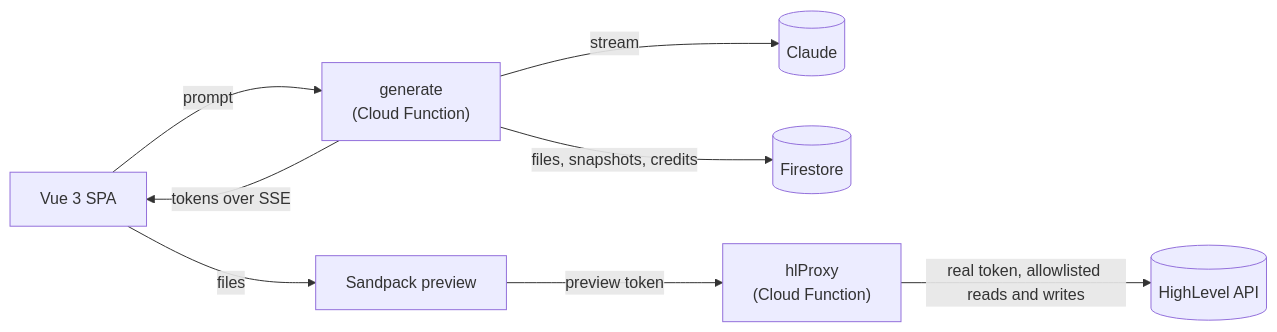
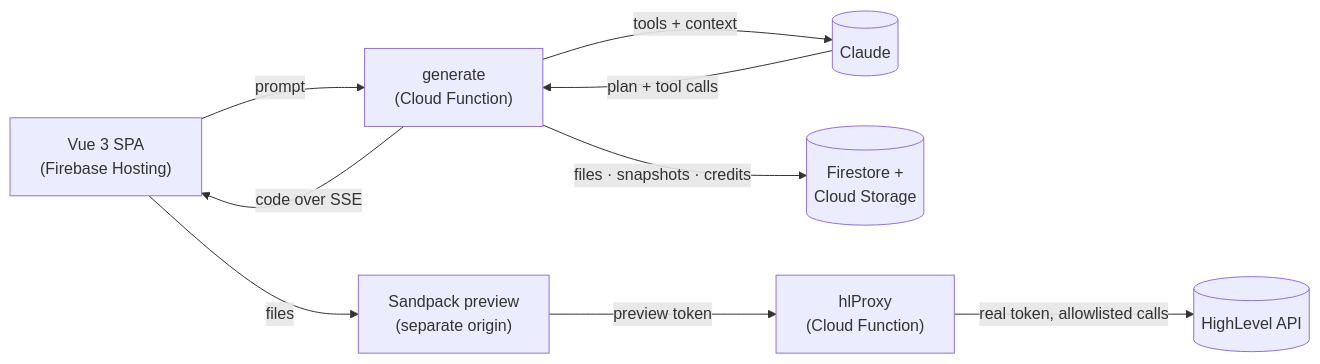
Before and after one commit to nirmalbenny/genesis: the first of 2 diagrams in README.md, drawn with Mermaid. The commit also changed other lines of this file and 14 other files, not shown here.

````diff
--- a/README.md
+++ b/README.md
@@ -39,10 +86,11 @@
 ```mermaid
 flowchart LR
-  U["Vue 3 SPA"] -- "prompt" --> G["generate<br/>(Cloud Function)"]
-  G -- "stream" --> C[("Claude")]
-  G -- "tokens over SSE" --> U
-  G -- "files, snapshots, credits" --> F[("Firestore")]
-  U -- "files" --> S["Sandpack preview"]
+  U["Vue 3 SPA<br/>(Firebase Hosting)"] -- "prompt" --> G["generate<br/>(Cloud Function)"]
+  G -- "tools + context" --> C[("Claude")]
+  C -- "plan + tool calls" --> G
+  G -- "code over SSE" --> U
+  G -- "files · snapshots · credits" --> D[("Firestore +<br/>Cloud Storage")]
+  U -- "files" --> S["Sandpack preview<br/>(separate origin)"]
   S -- "preview token" --> P["hlProxy<br/>(Cloud Function)"]
-  P -- "real token, allowlisted reads and writes" --> H[("HighLevel API")]
+  P -- "real token, allowlisted calls" --> H[("HighLevel API")]
 ```
````
